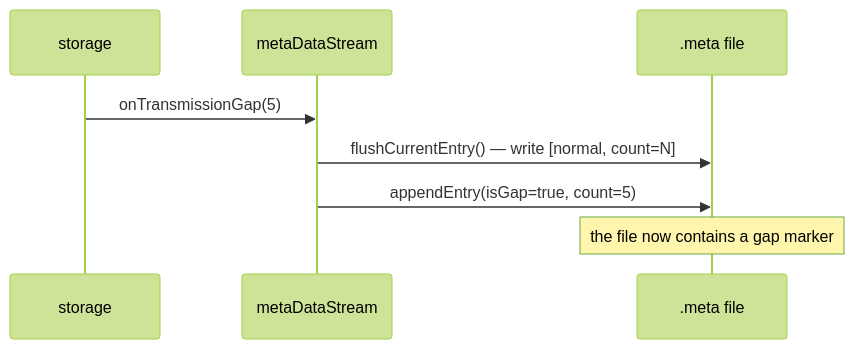
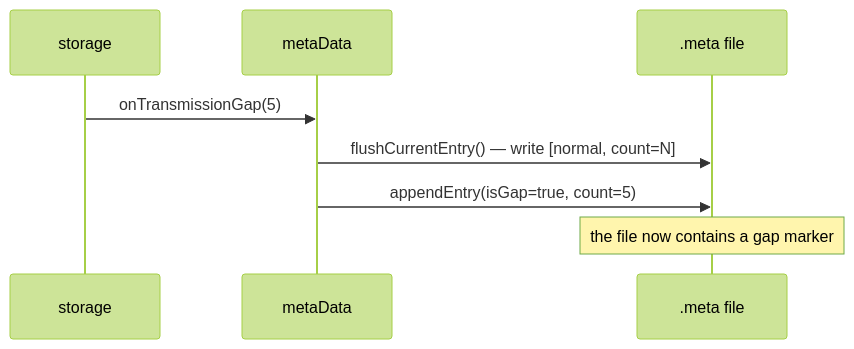
Before and after one commit to michalwidera/documentation-rdb: the second of 9 diagrams in data-processing-system-architecture/data-storage-format/files.md, drawn with Mermaid (forest theme). The commit also changed other lines of this file and 15 other files, not shown here.

````diff
--- a/data-processing-system-architecture/data-storage-format/files.md
+++ b/data-processing-system-architecture/data-storage-format/files.md
@@ -281,11 +291,11 @@
 ```mermaid
 sequenceDiagram
     participant S as storage
-    participant M as metaDataStream
+    participant M as metaData
     participant F as .meta file
 
     S->>M: onTransmissionGap(5)
     M->>F: flushCurrentEntry() — write [normal, count=N]
     M->>F: appendEntry(isGap=true, count=5)
     Note over F: the file now contains a gap marker
 ```
````
